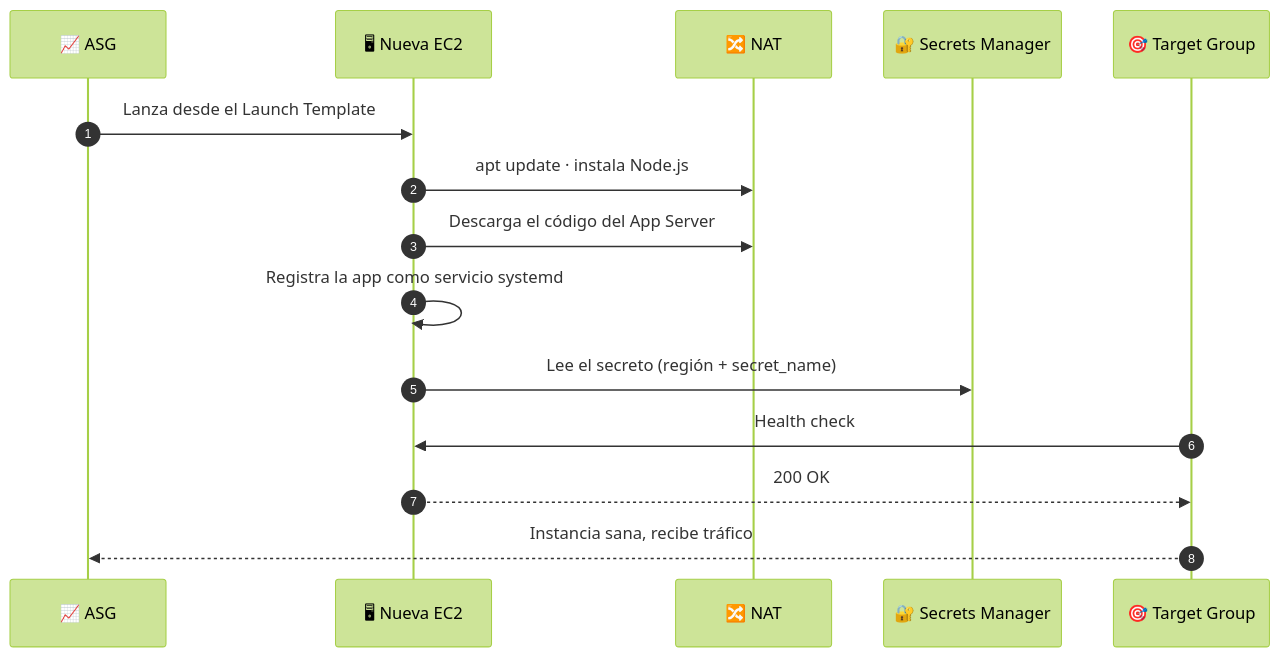
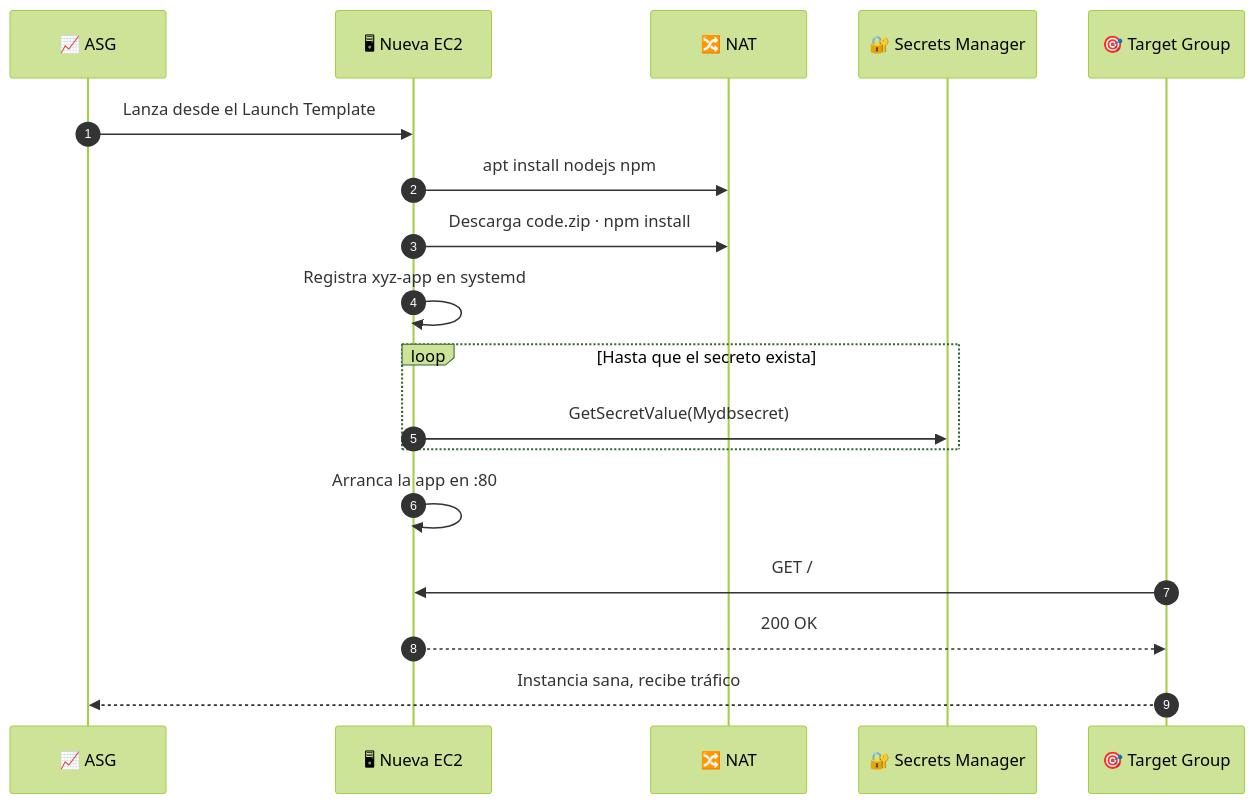
Before and after one commit to sVILLX/xyz_university: the second of 2 diagrams in terraform/compute/README.md, drawn with Mermaid (forest theme). The commit also changed other lines of this file, not shown here.

````diff
--- a/terraform/compute/README.md
+++ b/terraform/compute/README.md
@@ -80,18 +111,21 @@
 ```mermaid
 sequenceDiagram
     autonumber
     participant ASG as 📈 ASG
     participant EC2 as 🖥 Nueva EC2
     participant NAT as 🔀 NAT
     participant SM as 🔐 Secrets Manager
     participant TG as 🎯 Target Group
 
     ASG->>EC2: Lanza desde el Launch Template
-    EC2->>NAT: apt update · instala Node.js
-    EC2->>NAT: Descarga el código del App Server
-    EC2->>EC2: Registra la app como servicio systemd
-    EC2->>SM: Lee el secreto (región + secret_name)
-    TG->>EC2: Health check
+    EC2->>NAT: apt install nodejs npm
+    EC2->>NAT: Descarga code.zip · npm install
+    EC2->>EC2: Registra xyz-app en systemd
+    loop Hasta que el secreto exista
+        EC2->>SM: GetSecretValue(Mydbsecret)
+    end
+    EC2->>EC2: Arranca la app en :80
+    TG->>EC2: GET /
     EC2-->>TG: 200 OK
     TG-->>ASG: Instancia sana, recibe tráfico
 ```
````
